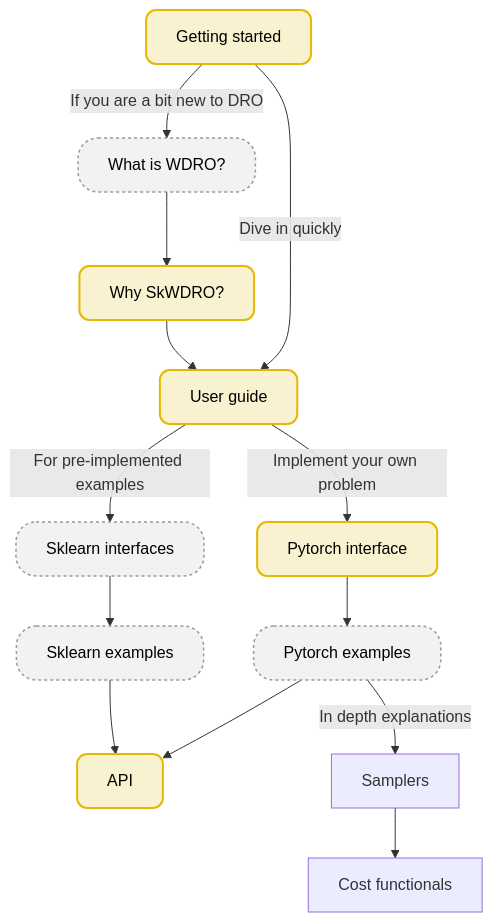
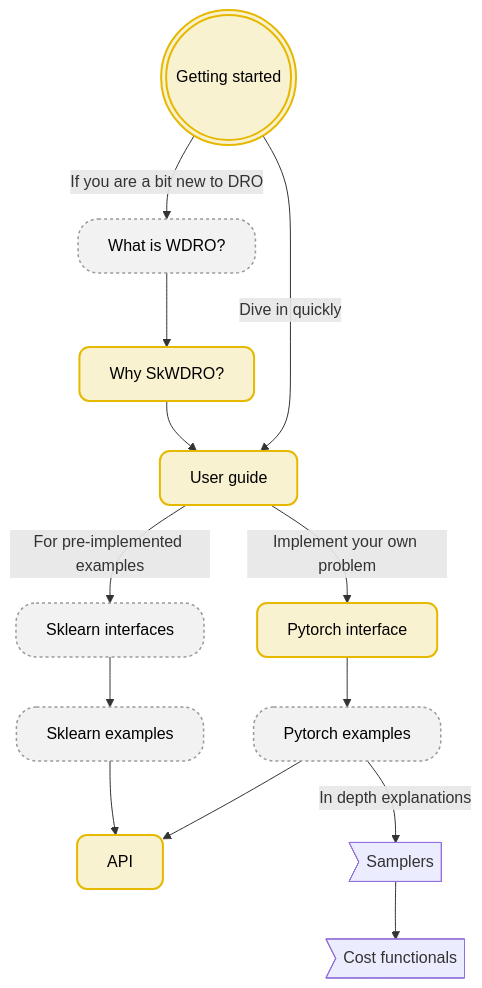
Before and after one commit to iutzeler/skwdro: the diagram in doc/index.rst, drawn with Mermaid. The commit also changed other lines of this file and 1 other file, not shown here.

```diff
--- a/doc/index.rst
+++ b/doc/index.rst
@@ -79,38 +79,38 @@
 .. mermaid::
    :align: center
 
    flowchart TD
-      A["Getting started"]:::important
+      A(((Getting started))):::important
       A -->|"Dive in quickly"| B["User guide"]:::important
       A -->|"If you are a bit new to DRO"| C["What is WDRO?"]:::normal
       C --> D["Why SkWDRO?"]:::important
       D --> B
 
       B -->|"Implement your own problem"| F["Pytorch interface"]:::important
       F --> G["Pytorch examples"]:::normal
 
       B -->|"For pre-implemented examples"| H["Sklearn interfaces"]:::normal
       H --> I["Sklearn examples"]:::normal
 
       G --> J["API"]:::important
       I --> J
 
-      G -->|"In depth explanations"| K["Samplers"]
-      K --> L["Cost functionals"]
+      G -->|"In depth explanations"| K>"Samplers"]
+      K --> L>"Cost functionals"]
 
       %% Styles
       classDef important color:#EE8888,fill:#f9f2d0,stroke:#e6b800,stroke-width:2px,color:black,rx:10px,ry:10px;
       classDef normal color:#888888,fill:#f2f2f2,stroke:#999999,stroke-width:1.5px,color:black,stroke-dasharray:3 3,rx:20px,ry:20px;
 
       %% Hyperlinks
       click A "quick_start.html"
       click B "user_guide.html"
       click C "wdro.html"
       click D "why_skwdro.html"
       click F "pytorch.html"
       click G "examples/Custom/index.html"
       click H "sklearn.html"
       click I "examples/Builtin/index.html"
       click J "api_deepdive/submodules.html"
       click K "tutos/samplers.html"
       click L "tutos/costs.html"
```
